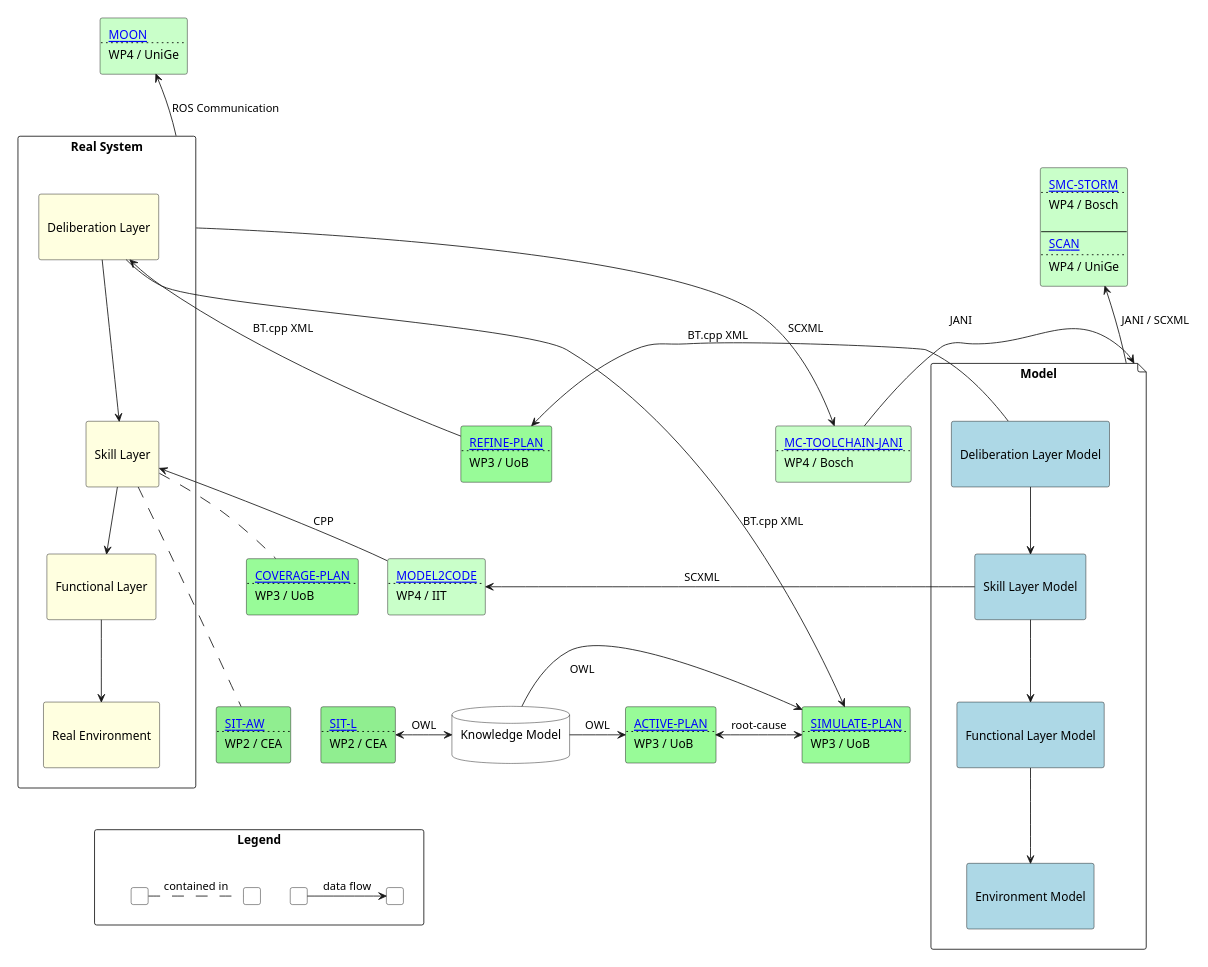
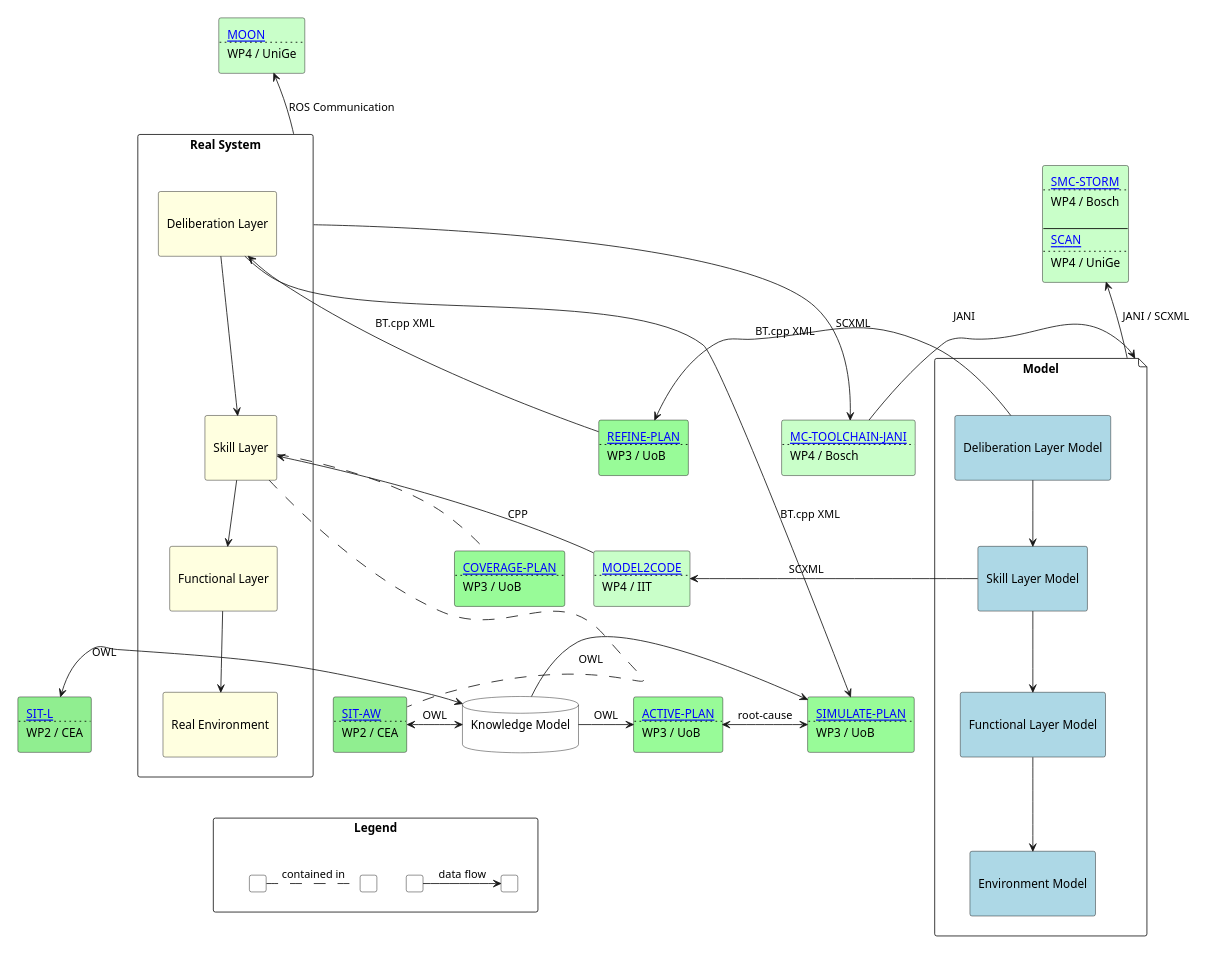
The diagram in docs/source/overview.plantuml (convince-project/overview), drawn with PlantUML before and after one commit. The commit also changed other lines of this file, not shown here.

```diff
--- a/docs/source/overview.plantuml
+++ b/docs/source/overview.plantuml
@@ -1,148 +1,148 @@
 @startuml overview
 scale 700 width
 
 skinparam agent {
     BackgroundColor White
     BorderColor Black
 }
 skinparam database {
     BackgroundColor White
     BorderColor Black
 }
 
 rectangle "Real System" as r {
     agent "\nDeliberation Layer\n" as rdelib #LightYellow
     agent "\nSkill Layer\n" as rskill #LightYellow
     agent "\nFunctional Layer\n" as rfunc #LightYellow
     agent "\nReal Environment\n" as renv #LightYellow
 
     rdelib --> rskill
     rskill --> rfunc
     rfunc --> renv
 }
 
 file "Model" as m {
     agent "\nDeliberation Layer Model\n" as mdelib #LightBlue
     agent "\nSkill Layer Model\n" as mskill #LightBlue
     agent "\nFunctional Layer Model\n" as mfunc #LightBlue
     agent "\nEnvironment Model\n" as menv #LightBlue
 
     mdelib --> mskill
     mskill --> mfunc
     mfunc --> menv
 }
 
 database "Knowledge Model\n" as k 
 
 ' WP2
 
 agent sitaw #LightGreen [
 [[https://convince-project.github.io/overview/#sit-aw SIT-AW]]
 ....
 WP2 / CEA
 ]
 agent sitl #LightGreen [
 [[https://convince-project.github.io/overview/#sit-l SIT-L]]
 ....
 WP2 / CEA
 ]
 ' }
 
+sitl <-> k : OWL
+sitaw <-> k : OWL
 renv -[hidden]> sitaw
 rskill .. sitaw
-sitl <-> k : OWL
-sitaw <-> k : OWL
 
 ' WP3
 
 agent refineplan #PaleGreen [
 [[https://convince-project.github.io/overview/#refine-plan REFINE-PLAN]]
 ....
 WP3 / UoB
 ] 
 agent coverageplan #PaleGreen [
 [[https://convince-project.github.io/overview/#coverage-plan COVERAGE-PLAN]]
 ....
 WP3 / UoB
 ]
 agent activeplan #PaleGreen [
 [[https://convince-project.github.io/overview/#active-plan-simulate-plan ACTIVE-PLAN]]
 ....
 WP3 / UoB
 ] 
 agent simulateplan #PaleGreen [
 [[https://convince-project.github.io/overview/#active-plan-simulate-plan SIMULATE-PLAN]]
 ....
 WP3 / UoB
 ] 
 
 rskill .. coverageplan
 rfunc -[hidden]> coverageplan
 activeplan <-> simulateplan : root-cause
 mdelib -> refineplan : "\nBT.cpp XML"
 refineplan -> rdelib : "BT.cpp XML"
 rdelib -> simulateplan : "BT.cpp XML"
 k -> simulateplan : "\nOWL"
 k -> activeplan : OWL
 
 ' WP4
 
 agent moon #TECHNOLOGY [
 [[https://convince-project.github.io/overview/#moon MOON]]
 ....
 WP4 / UniGe
 ]
 ' ]
 agent stormscan #TECHNOLOGY [
 [[https://convince-project.github.io/overview/#smc-storm SMC-STORM]]
 ....
 WP4 / Bosch
 
 ----
 [[https://convince-project.github.io/overview/#scan SCAN]]
 ....
 WP4 / UniGe
 ]
 agent jani #TECHNOLOGY [
 [[https://convince-project.github.io/overview/#mc-toolchain-jani MC-TOOLCHAIN-JANI]]
 ....
 WP4 / Bosch
 ]
 agent modeltocode #TECHNOLOGY [
 [[https://convince-project.github.io/overview/#model2code MODEL2CODE]]
 ....
 WP4 / IIT
 ]
 
 moon -[hidden]-> rdelib
 moon <-- r : ROS Communication
 
 stormscan -[hidden]-> mdelib
 stormscan <-- m : "JANI / SCXML\n"
 
 r -> jani : "SCXML"
 jani -> m : "JANI\n"
 rskill <- modeltocode : "CPP"
 modeltocode <- mskill : "SCXML\t\t\t"
 coverageplan -[hidden]> modeltocode
 
 refineplan -[hidden]-> modeltocode
 
 
 rectangle Legend as legend {
     agent a [
     ]
     agent b [
     ]
     a -> b : "data flow"
 
     agent c [
     ]
     agent d [
     ]
     c . d : "contained in"
 }
 
 renv -[hidden]-> legend
 
 @enduml
```
